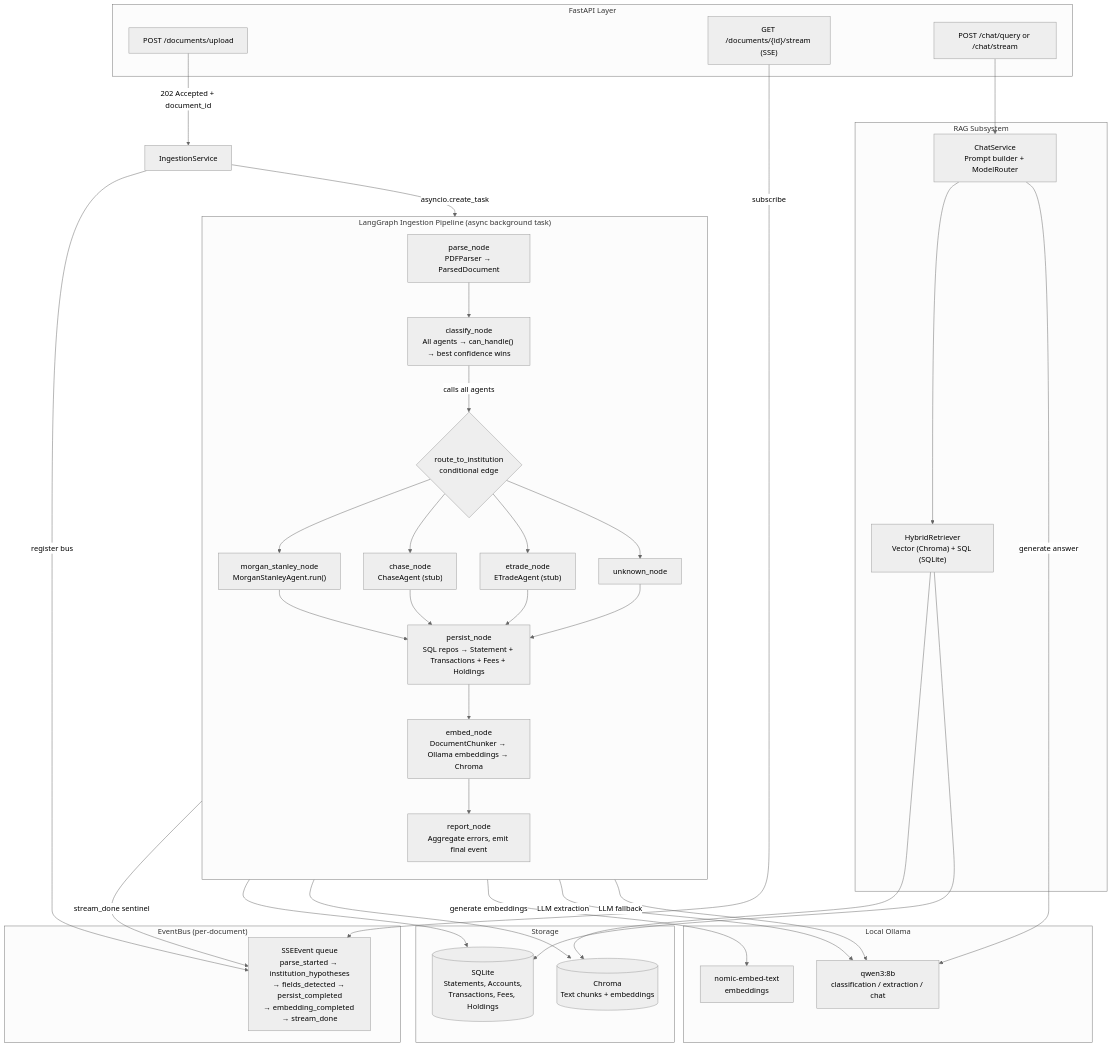
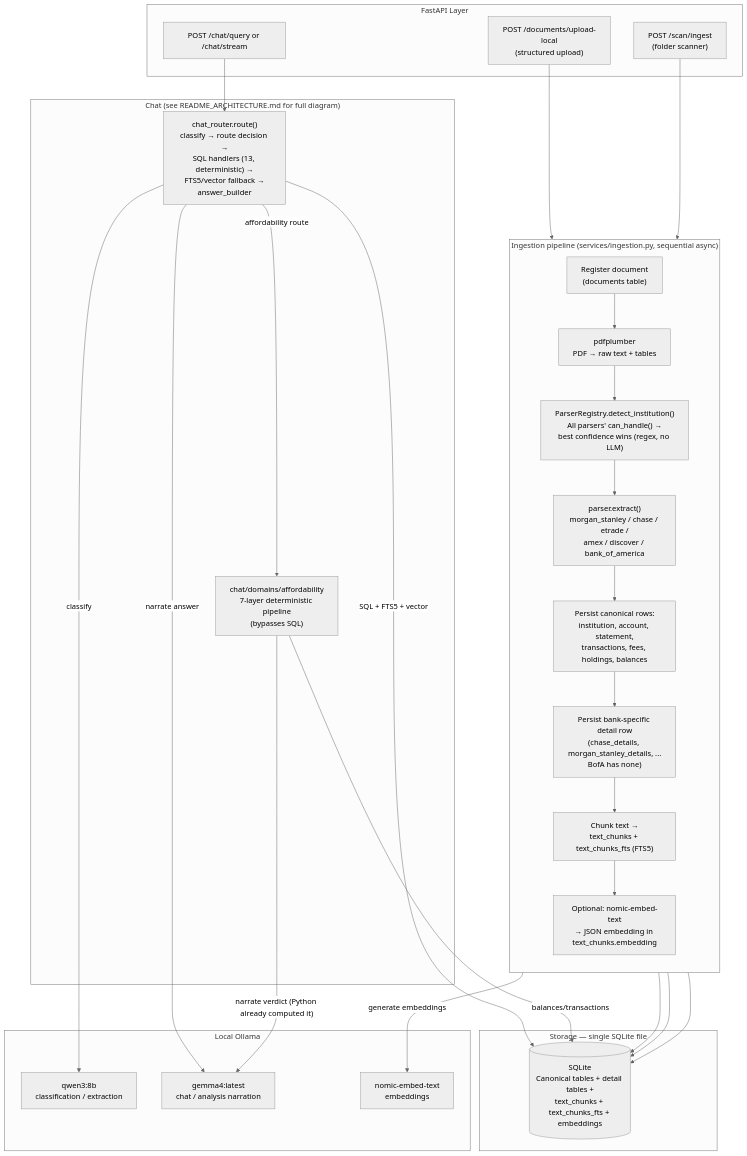
Before and after one commit to knitinjaideep/personalFinanceAssistant: the diagram in finsight_ai/mermaid.md, drawn with Mermaid (neutral theme). The commit also changed 7 other files, not shown here.

First line of the commit message:
Add SQL query reference and sync docs with current architecture

````diff
--- a/finsight_ai/mermaid.md
+++ b/finsight_ai/mermaid.md
@@ -1,72 +1,51 @@
 ```mermaid
 flowchart TD
     subgraph API["FastAPI Layer"]
-        UP["POST /documents/upload"]
-        SSE["GET /documents/{id}/stream (SSE)"]
+        UP["POST /documents/upload-local\n(structured upload)"]
+        SCAN["POST /scan/ingest\n(folder scanner)"]
         CHAT["POST /chat/query or /chat/stream"]
     end
 
-    subgraph Ingestion["LangGraph Ingestion Pipeline (async background task)"]
+    subgraph Ingestion["Ingestion pipeline (services/ingestion.py, sequential async)"]
         direction TB
-        PN["parse_node\nPDFParser → ParsedDocument"]
-        CN["classify_node\nAll agents → can_handle() → best confidence wins"]
-        RN{"route_to_institution\nconditional edge"}
-        MS["morgan_stanley_node\nMorganStanleyAgent.run()"]
-        CH["chase_node\nChaseAgent (stub)"]
-        ET["etrade_node\nETradeAgent (stub)"]
-        UN["unknown_node"]
-        PE["persist_node\nSQL repos → Statement + Transactions + Fees + Holdings"]
-        EM["embed_node\nDocumentChunker → Ollama embeddings → Chroma"]
-        RP["report_node\nAggregate errors, emit final event"]
+        REG["Register document\n(documents table)"]
+        PARSE["pdfplumber\nPDF → raw text + tables"]
+        DETECT["ParserRegistry.detect_institution()\nAll parsers' can_handle() →\nbest confidence wins (regex, no LLM)"]
+        EXTRACT["parser.extract()\nmorgan_stanley / chase / etrade /\namex / discover / bank_of_america"]
+        PERSIST["Persist canonical rows:\ninstitution, account, statement,\ntransactions, fees, holdings, balances"]
+        DETAIL["Persist bank-specific detail row\n(chase_details, morgan_stanley_details, ...\nBofA has none)"]
+        CHUNK["Chunk text →\ntext_chunks + text_chunks_fts (FTS5)"]
+        EMBED["Optional: nomic-embed-text\n→ JSON embedding in text_chunks.embedding"]
     end
 
-    subgraph RAG["RAG Subsystem"]
-        HR["HybridRetriever\nVector (Chroma) + SQL (SQLite)"]
-        CS["ChatService\nPrompt builder + ModelRouter"]
+    subgraph Storage["Storage — single SQLite file"]
+        SQ[("SQLite\nCanonical tables + detail tables +\ntext_chunks + text_chunks_fts + embeddings")]
     end
 
-    subgraph Storage["Storage"]
-        SQ[("SQLite\nStatements, Accounts,\nTransactions, Fees, Holdings")]
-        CR[("Chroma\nText chunks + embeddings")]
+    subgraph ChatPipeline["Chat (see README_ARCHITECTURE.md for full diagram)"]
+        CR["chat_router.route()\nclassify → route decision →\nSQL handlers (13, deterministic) →\nFTS5/vector fallback →\nanswer_builder"]
+        AFF["chat/domains/affordability\n7-layer deterministic pipeline\n(bypasses SQL)"]
     end
 
     subgraph LLM["Local Ollama"]
-        QW["qwen3:8b\nclassification / extraction / chat"]
+        QW["qwen3:8b\nclassification / extraction"]
+        GM["gemma4:latest\nchat / analysis narration"]
         NE["nomic-embed-text\nembeddings"]
     end
 
-    subgraph Events["EventBus (per-document)"]
-        EB["SSEEvent queue\nparse_started → institution_hypotheses\n→ fields_detected → persist_completed\n→ embedding_completed → stream_done"]
-    end
+    UP --> REG
+    SCAN --> REG
+    REG --> PARSE --> DETECT --> EXTRACT --> PERSIST --> DETAIL --> CHUNK --> EMBED
+    PERSIST --> SQ
+    CHUNK --> SQ
+    EMBED --> SQ
+    EMBED -->|"generate embeddings"| NE
 
-    UP -->|"202 Accepted + document_id"| IngestionService
-    IngestionService -->|"asyncio.create_task"| PN
-    IngestionService -->|"register bus"| EB
-    SSE -->|"subscribe"| EB
-
-    PN --> CN
-    CN -->|"calls all agents"| RN
-    RN --> MS
-    RN --> CH
-    RN --> ET
-    RN --> UN
-    MS --> PE
-    CH --> PE
-    ET --> PE
-    UN --> PE
-    PE --> EM
-    EM --> RP
-    RP -->|"stream_done sentinel"| EB
-
-    PE --> SQ
-    EM --> CR
-    EM -->|"generate embeddings"| NE
-    MS -->|"LLM extraction"| QW
-    CN -->|"LLM fallback"| QW
-
-    CHAT --> CS
-    CS --> HR
-    HR --> CR
-    HR --> SQ
-    CS -->|"generate answer"| QW
+    CHAT --> CR
+    CR -->|"classify"| QW
+    CR -->|"affordability route"| AFF
+    CR -->|"SQL + FTS5 + vector"| SQ
+    CR -->|"narrate answer"| GM
+    AFF -->|"balances/transactions"| SQ
+    AFF -->|"narrate verdict (Python already computed it)"| GM
 ```
````
